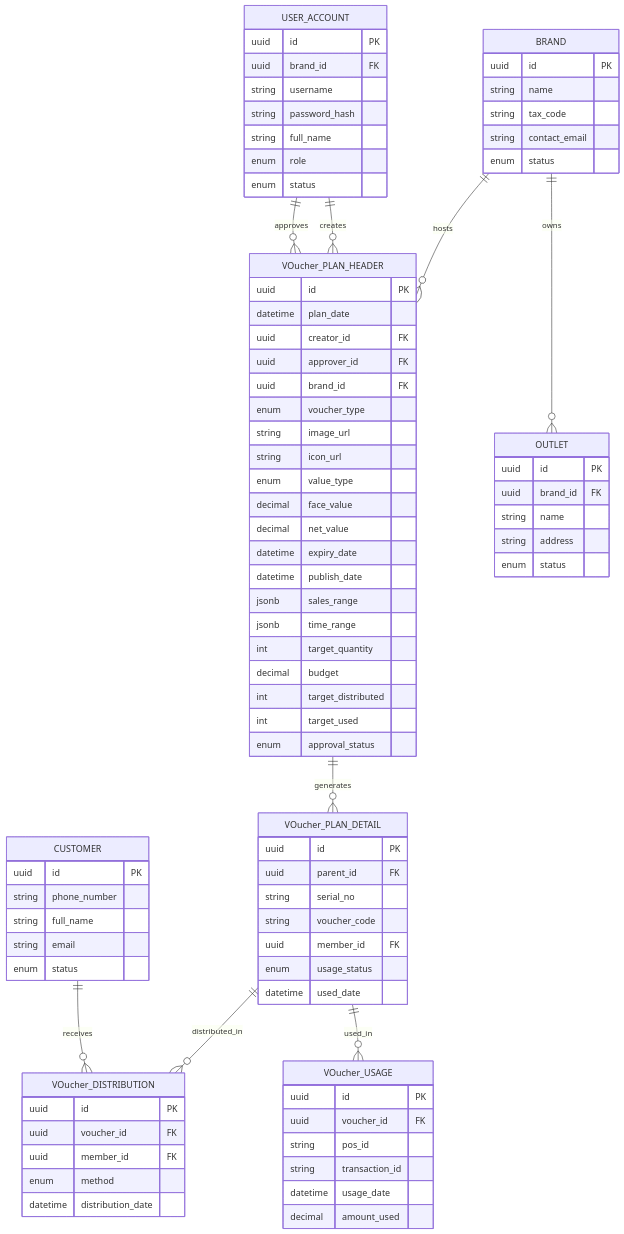
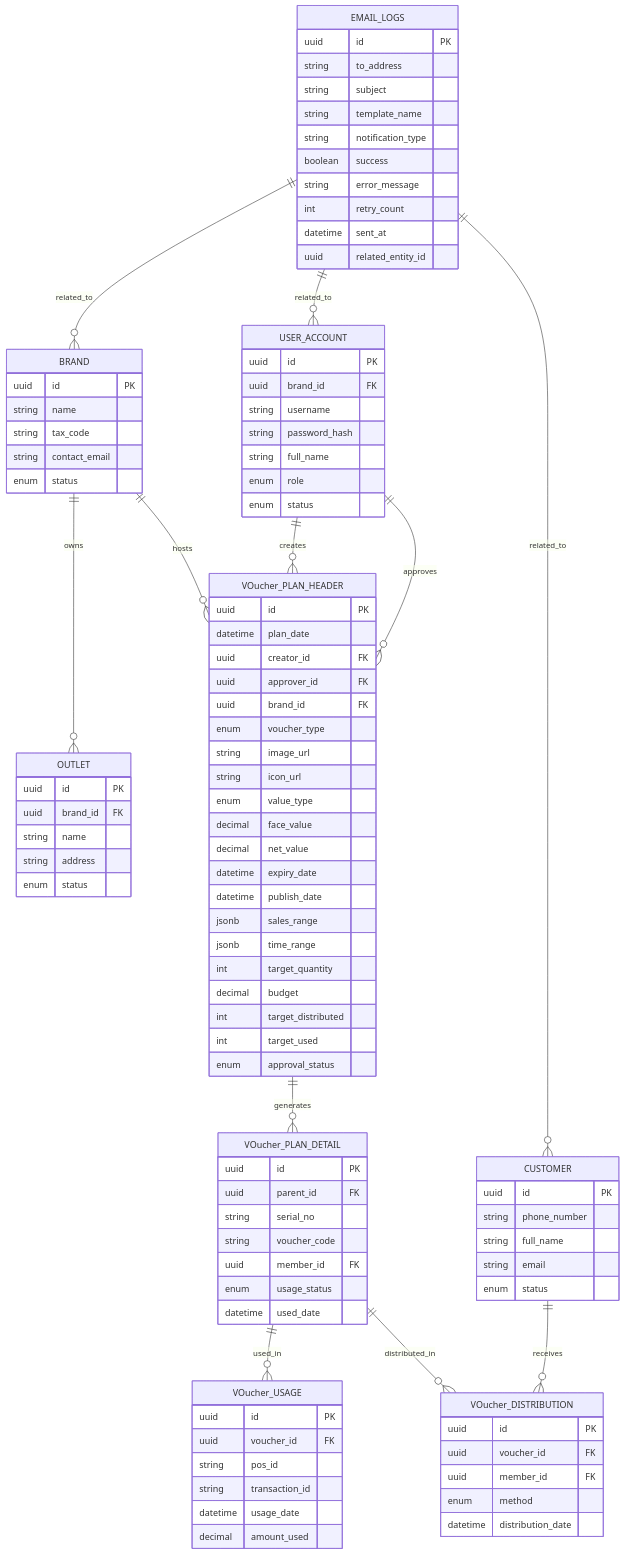
Before and after one commit to lamhongbac/NonCash: the seventh of 7 diagrams in .qoder/repowiki/en/content/Configuration and Deployment/Configuration and Deployment.md, drawn with Mermaid. The commit also changed other lines of this file and 57 other files, not shown here.

````diff
--- a/.qoder/repowiki/en/content/Configuration and Deployment/Configuration and Deployment.md
+++ b/.qoder/repowiki/en/content/Configuration and Deployment/Configuration and Deployment.md
@@ -518,6 +691,18 @@
 enum method
 datetime distribution_date
 }
+EMAIL_LOGS {
+uuid id PK
+string to_address
+string subject
+string template_name
+string notification_type
+boolean success
+string error_message
+int retry_count
+datetime sent_at
+uuid related_entity_id
+}
 BRAND ||--o{ OUTLET : "owns"
 BRAND ||--o{ VOucher_PLAN_HEADER : "hosts"
 USER_ACCOUNT ||--o{ VOucher_PLAN_HEADER : "creates"
@@ -526,4 +711,7 @@
 VOucher_PLAN_HEADER ||--o{ VOucher_PLAN_DETAIL : "generates"
 VOucher_PLAN_DETAIL ||--o{ VOucher_USAGE : "used_in"
 VOucher_PLAN_DETAIL ||--o{ VOucher_DISTRIBUTION : "distributed_in"
+EMAIL_LOGS ||--o{ BRAND : "related_to"
+EMAIL_LOGS ||--o{ USER_ACCOUNT : "related_to"
+EMAIL_LOGS ||--o{ CUSTOMER : "related_to"
 ```
````
